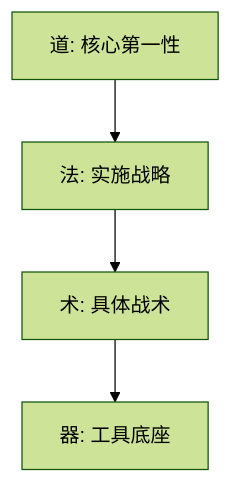
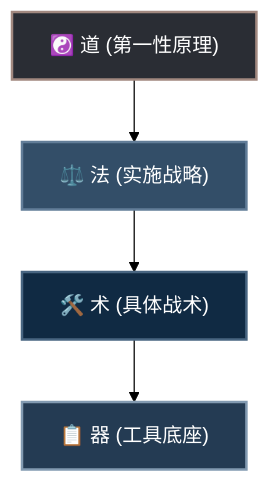
One commit to NanQiaoMi/agentskillproject changed the first of 2 diagrams in README.md. Above: the diagram before and after it, drawn with Mermaid (forest theme). The commit also changed other lines of this file, not shown here.

Commit message:
docs: update README with detailed architecture and CLI manual

````diff
--- a/README.md
+++ b/README.md
@@ -13,6 +18,11 @@
 ```mermaid
 graph TD
-    Dao[道: 核心第一性] --> Fa[法: 实施战略]
-    Fa --> Shu[术: 具体战术]
-    Shu --> Qi[器: 工具底座]
+    Dao["☯️ 道 (第一性原理)"] --> Fa["⚖️ 法 (实施战略)"]
+    Fa --> Shu["🛠️ 术 (具体战术)"]
+    Shu --> Qi["📋 器 (工具底座)"]
+    
+    style Dao fill:#2A2D34,stroke:#A1887F,stroke-width:2px,color:#fff
+    style Fa fill:#334E68,stroke:#627D98,stroke-width:2px,color:#fff
+    style Shu fill:#102A43,stroke:#486581,stroke-width:2px,color:#fff
+    style Qi fill:#243B53,stroke:#829AB1,stroke-width:2px,color:#fff
 ```
````
